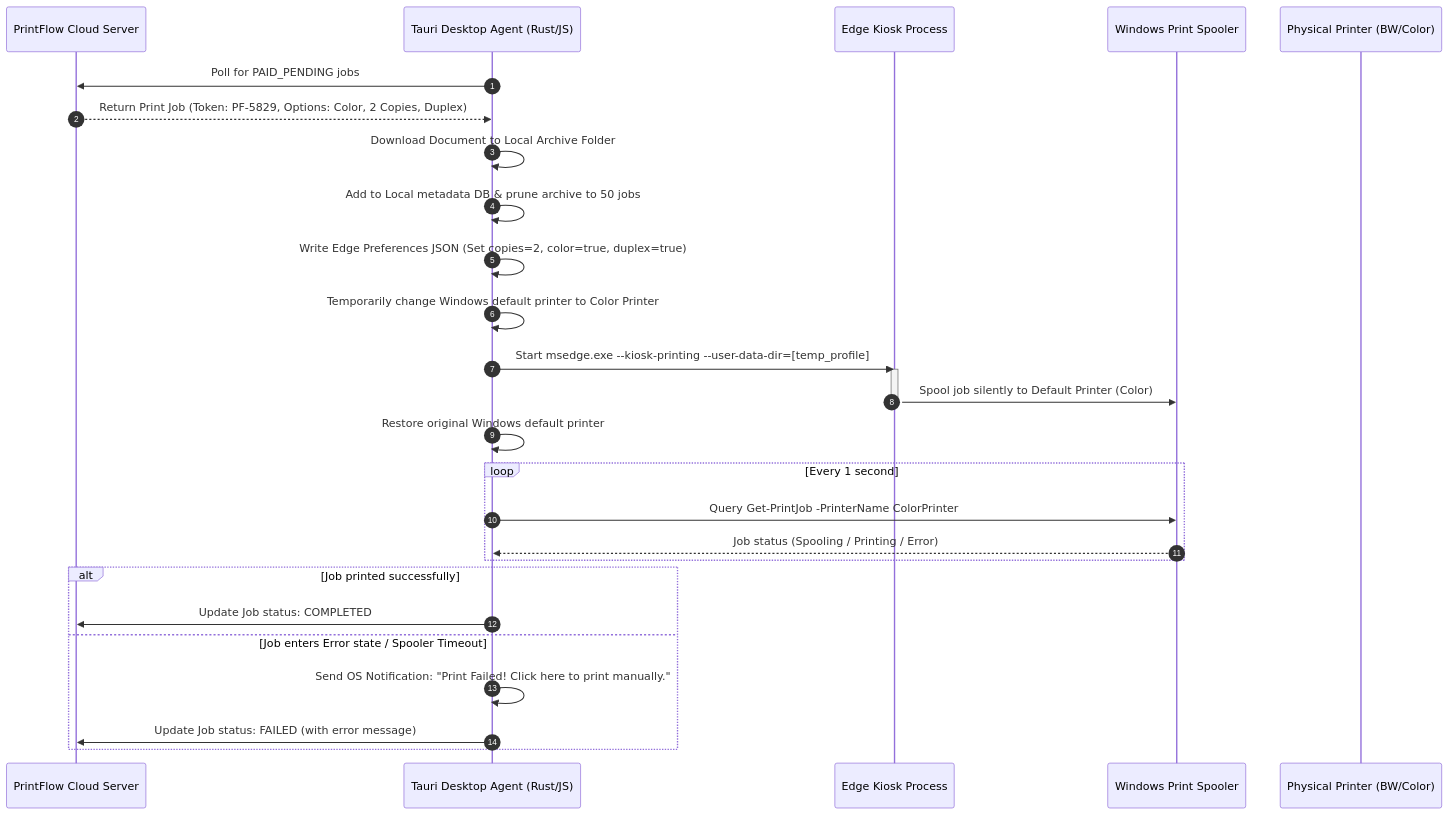
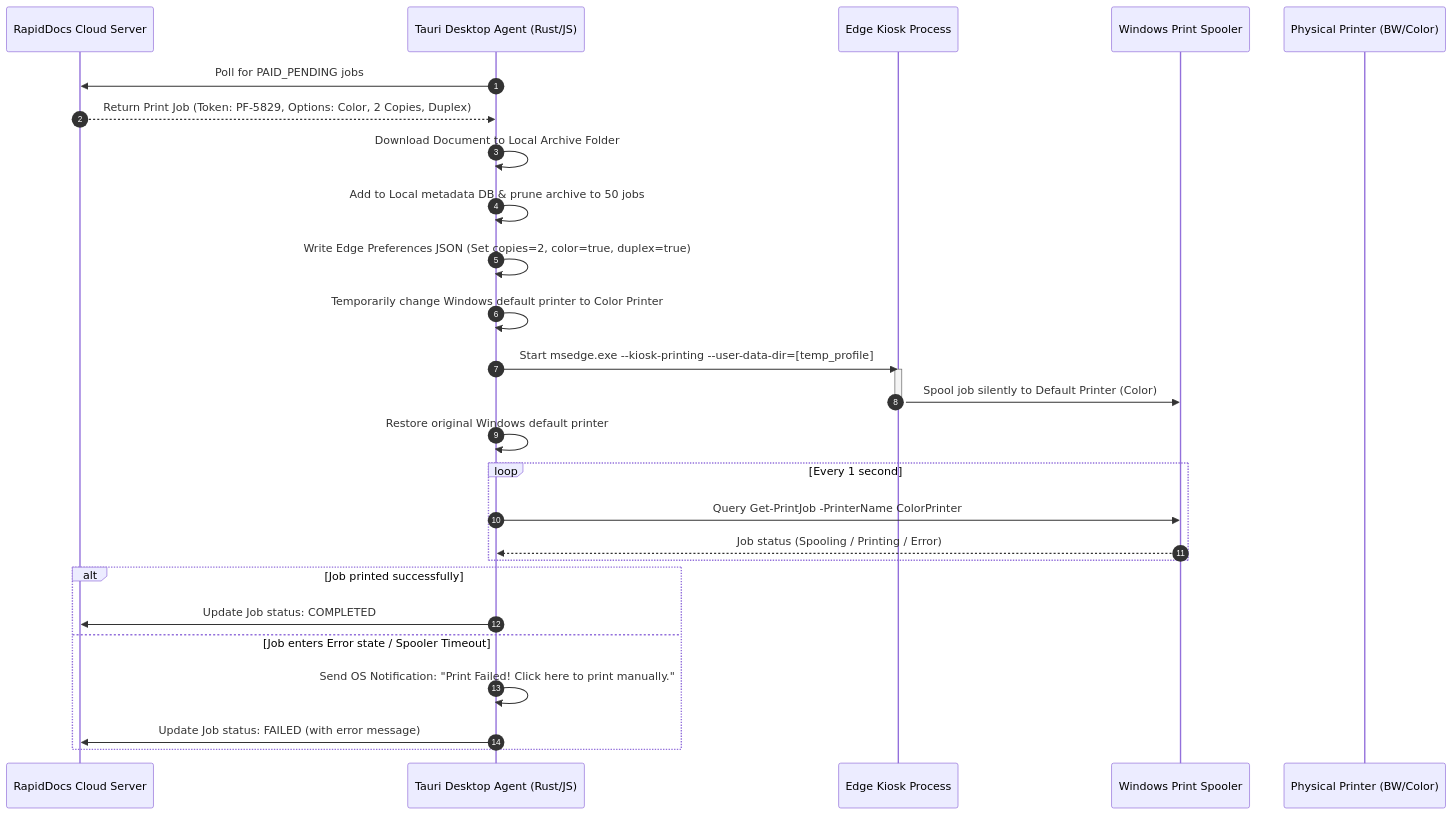
The diagram in Print_Automation_Proposal.md (CANESSMON/solid-umbrella), drawn with Mermaid before and after one commit. The commit also changed other lines of this file and 3 other files, not shown here.

Commit message:
Rename PrintFlow to RapidDocs in desktop agent documentation

````diff
--- a/Print_Automation_Proposal.md
+++ b/Print_Automation_Proposal.md
@@ -22,31 +22,31 @@
 ```mermaid
 sequenceDiagram
     autonumber
-    participant Cloud as PrintFlow Cloud Server
+    participant Cloud as RapidDocs Cloud Server
     participant Agent as Tauri Desktop Agent (Rust/JS)
     participant Edge as Edge Kiosk Process
     participant Spooler as Windows Print Spooler
     participant Printer as Physical Printer (BW/Color)
 
     Agent->>Cloud: Poll for PAID_PENDING jobs
     Cloud-->>Agent: Return Print Job (Token: PF-5829, Options: Color, 2 Copies, Duplex)
     Agent->>Agent: Download Document to Local Archive Folder
     Agent->>Agent: Add to Local metadata DB & prune archive to 50 jobs
     Agent->>Agent: Write Edge Preferences JSON (Set copies=2, color=true, duplex=true)
     Agent->>Agent: Temporarily change Windows default printer to Color Printer
     Agent->>Edge: Start msedge.exe --kiosk-printing --user-data-dir=[temp_profile]
     activate Edge
     Edge->>Spooler: Spool job silently to Default Printer (Color)
     deactivate Edge
     Agent->>Agent: Restore original Windows default printer
     loop Every 1 second
         Agent->>Spooler: Query Get-PrintJob -PrinterName ColorPrinter
         Spooler-->>Agent: Job status (Spooling / Printing / Error)
     end
     alt Job printed successfully
         Agent->>Cloud: Update Job status: COMPLETED
     else Job enters Error state / Spooler Timeout
         Agent->>Agent: Send OS Notification: "Print Failed! Click here to print manually."
         Agent->>Cloud: Update Job status: FAILED (with error message)
     end
 ```
````
